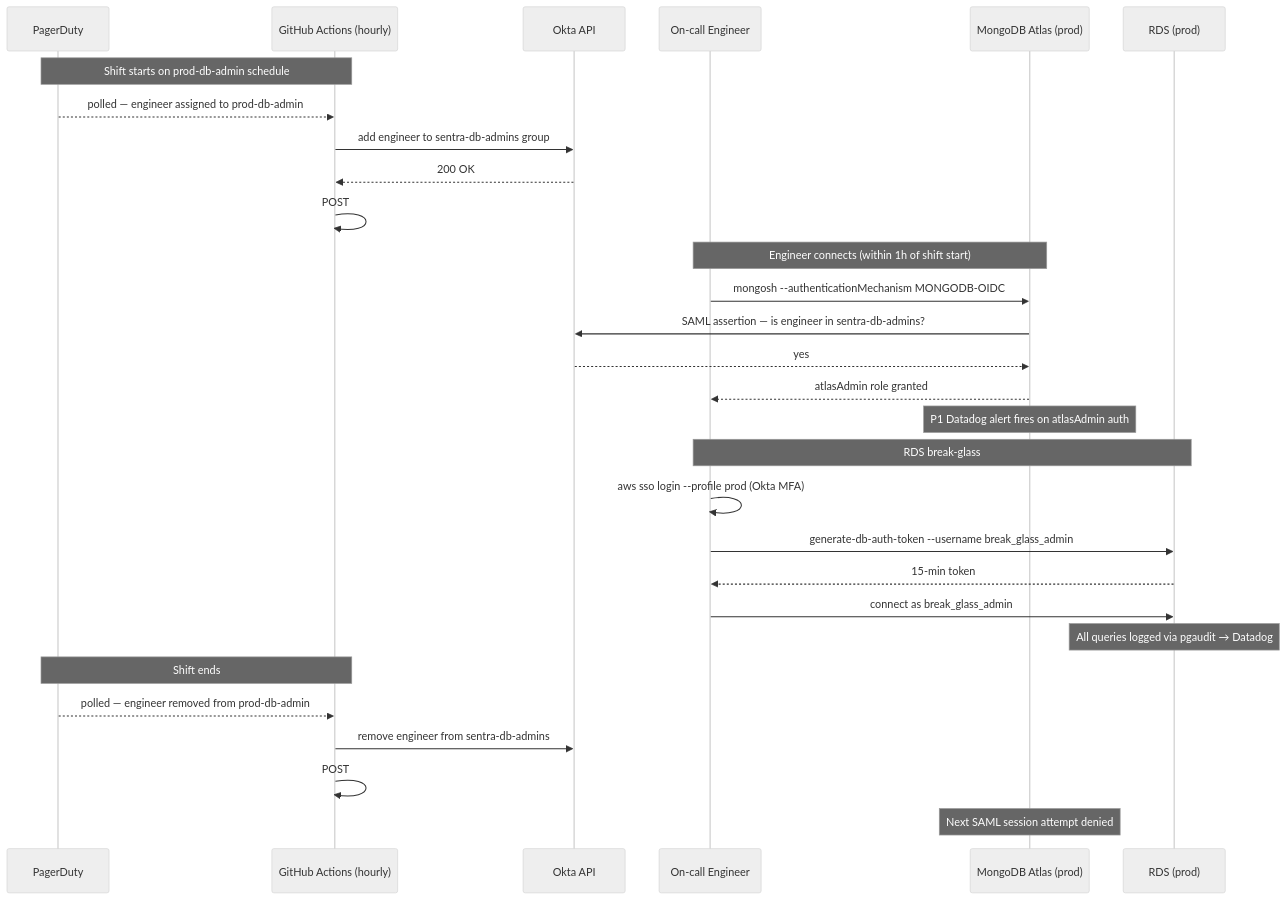
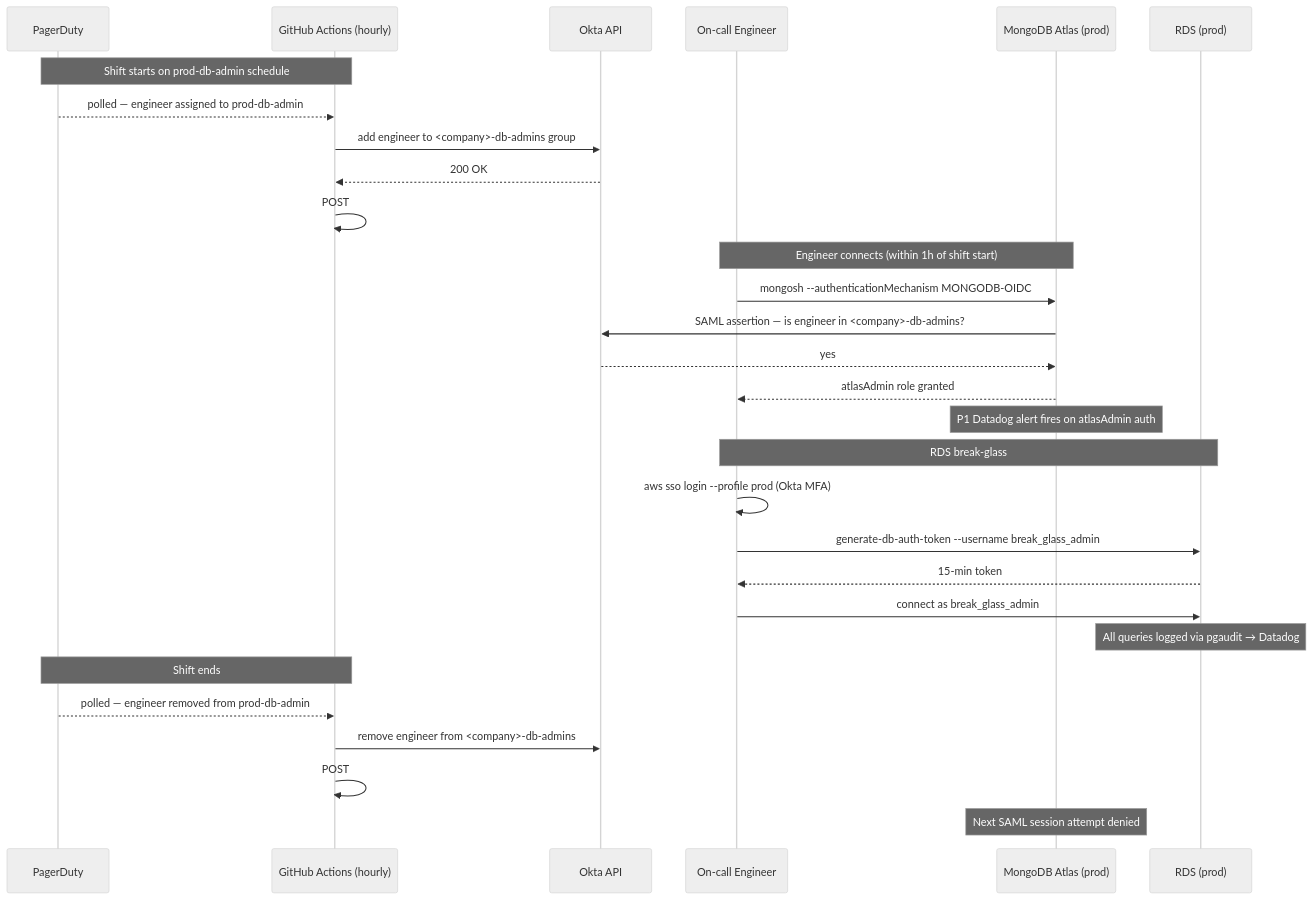
The eighth of 9 diagrams in adr-least-privilege-db-access.md (OrenOren1/db-access-least-privilege), drawn with Mermaid (neutral theme) before and after one commit. The commit also changed other lines of this file and 1 other file, not shown here.

Commit message:
Remove company-specific mentions — genericise for public reference

````diff
--- a/adr-least-privilege-db-access.md
+++ b/adr-least-privilege-db-access.md
@@ -354,35 +354,35 @@
 ```mermaid
 sequenceDiagram
     participant PD as PagerDuty
     participant GHA as GitHub Actions (hourly)
     participant Okta as Okta API
     participant Eng as On-call Engineer
     participant Atlas as MongoDB Atlas (prod)
     participant RDS as RDS (prod)
 
     Note over PD,GHA: Shift starts on prod-db-admin schedule
     PD-->>GHA: polled — engineer assigned to prod-db-admin
-    GHA->>Okta: add engineer to sentra-db-admins group
+    GHA->>Okta: add engineer to <company>-db-admins group
     Okta-->>GHA: 200 OK
     GHA->>GHA: POST #db-security-alerts — access granted
 
     Note over Eng,Atlas: Engineer connects (within 1h of shift start)
     Eng->>Atlas: mongosh --authenticationMechanism MONGODB-OIDC
-    Atlas->>Okta: SAML assertion — is engineer in sentra-db-admins?
+    Atlas->>Okta: SAML assertion — is engineer in <company>-db-admins?
     Okta-->>Atlas: yes
     Atlas-->>Eng: atlasAdmin role granted
     Note over Atlas: P1 Datadog alert fires on atlasAdmin auth
 
     Note over Eng,RDS: RDS break-glass
     Eng->>Eng: aws sso login --profile prod (Okta MFA)
     Eng->>RDS: generate-db-auth-token --username break_glass_admin
     RDS-->>Eng: 15-min token
     Eng->>RDS: connect as break_glass_admin
     Note over RDS: All queries logged via pgaudit → Datadog
 
     Note over PD,GHA: Shift ends
     PD-->>GHA: polled — engineer removed from prod-db-admin
-    GHA->>Okta: remove engineer from sentra-db-admins
+    GHA->>Okta: remove engineer from <company>-db-admins
     GHA->>GHA: POST #db-security-alerts — access revoked
     Note over Atlas: Next SAML session attempt denied
 ```
````
